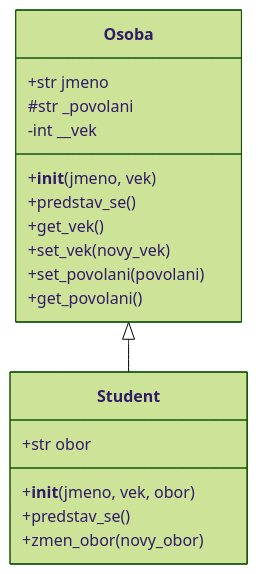
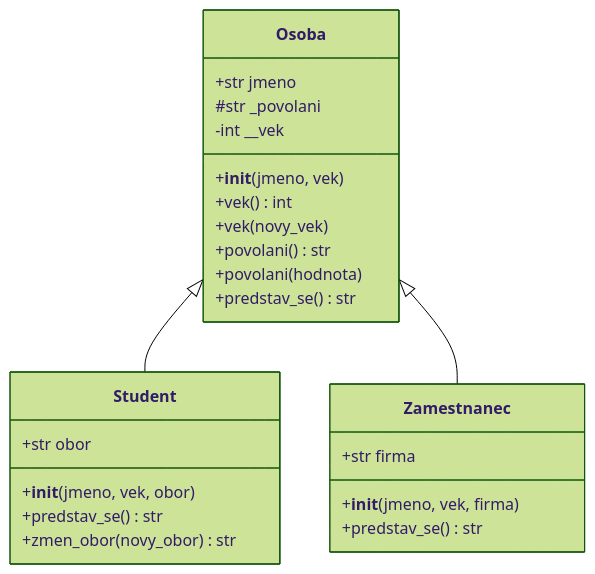
The second of 2 diagrams in slides/44_dedicnost/slides.md (oa-pva2-Syllabus/pva2_prednasky), drawn with Mermaid (forest theme) before and after one commit. The commit also changed other lines of this file, not shown here.

````diff
--- a/slides/44_dedicnost/slides.md
+++ b/slides/44_dedicnost/slides.md
@@ -152,23 +401,30 @@
-```mermaid {theme: 'default', scale: 0.8}
+```mermaid {theme: 'default', scale: 0.72}
 classDiagram
     class Osoba {
-    +str jmeno
-    #str _povolani
-    -int __vek
-    +__init__(jmeno, vek)
-    +predstav_se()
-    +get_vek()
-    +set_vek(novy_vek)
-    +set_povolani(povolani)
-    +get_povolani()
+        +str jmeno
+        #str _povolani
+        -int __vek
+        +__init__(jmeno, vek)
+        +vek() int
+        +vek(novy_vek)
+        +povolani() str
+        +povolani(hodnota)
+        +predstav_se() str
     }
 
     class Student {
         +str obor
         +__init__(jmeno, vek, obor)
-        +predstav_se()
-        +zmen_obor(novy_obor)
+        +predstav_se() str
+        +zmen_obor(novy_obor) str
+    }
+
+    class Zamestnanec {
+        +str firma
+        +__init__(jmeno, vek, firma)
+        +predstav_se() str
     }
 
     Osoba <|-- Student
+    Osoba <|-- Zamestnanec
 ```
````
